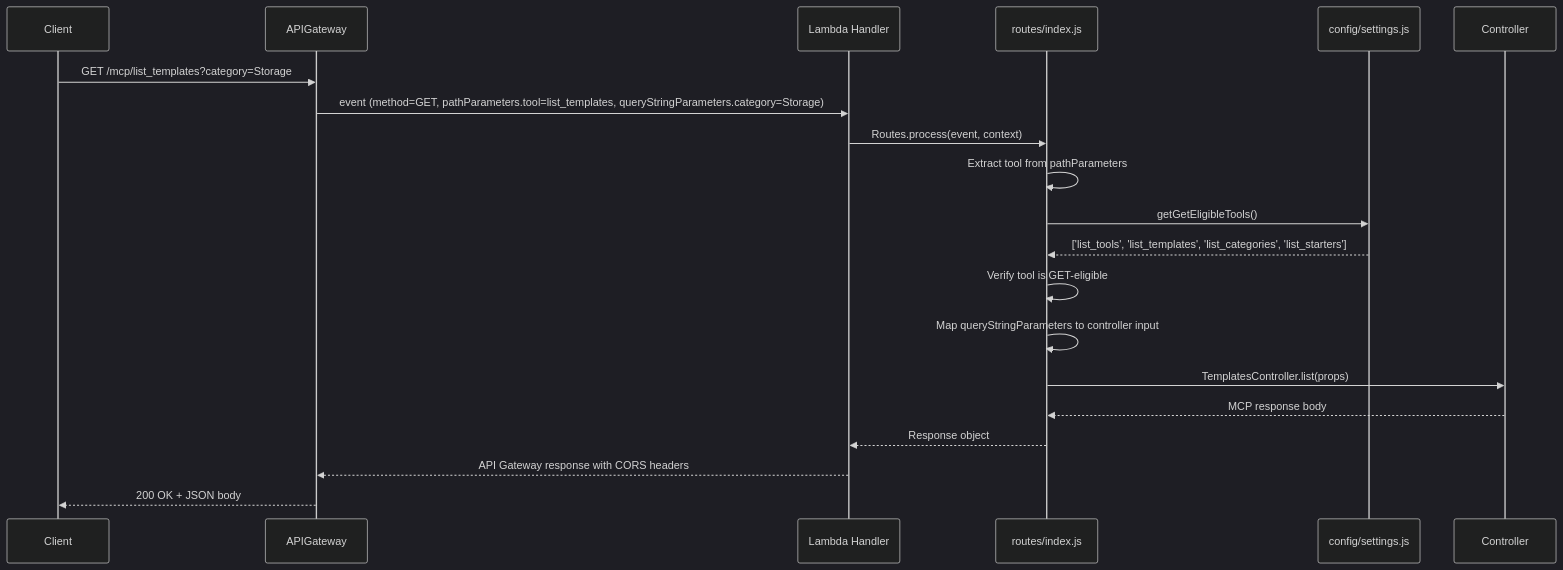
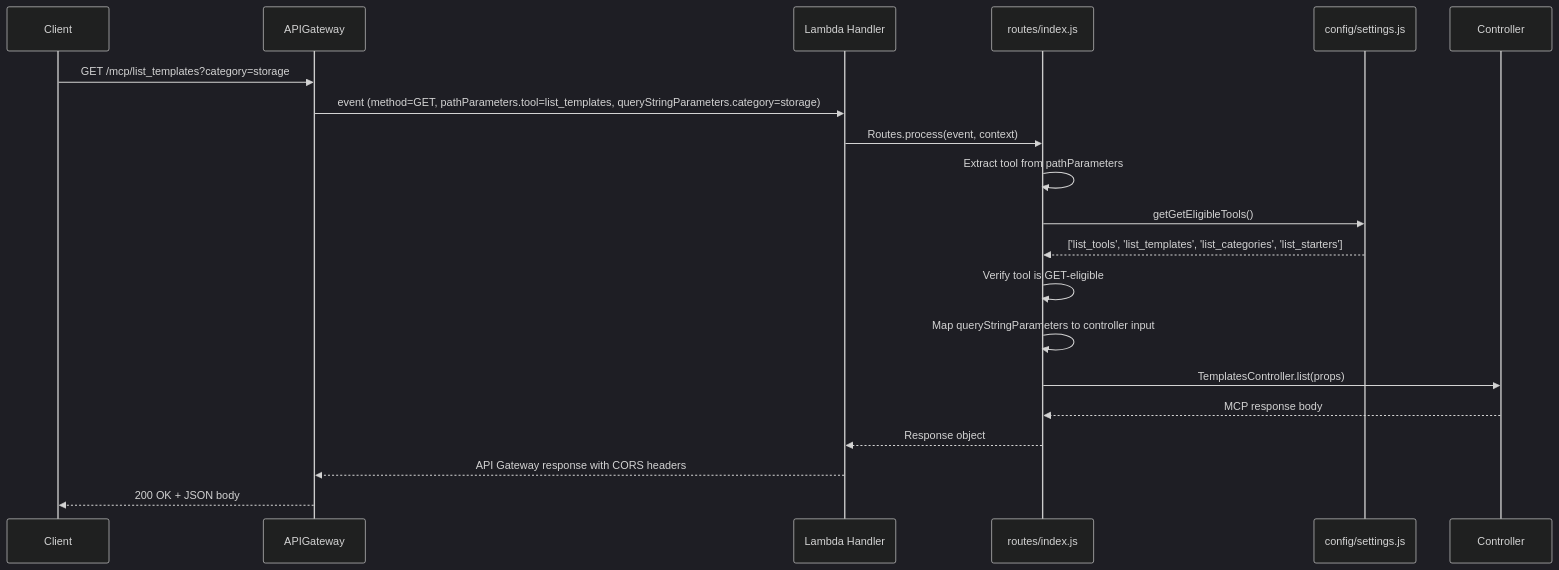
One commit to 63Klabs/atlantis-mcp changed the second of 3 diagrams in .kiro/specs/0-0-1-allow-get-on-tools-that-list/design.md. Above: the diagram before and after it, drawn with Mermaid (dark theme). The commit also changed other lines of this file and 67 other files, not shown here.

````diff
--- a/.kiro/specs/0-0-1-allow-get-on-tools-that-list/design.md
+++ b/.kiro/specs/0-0-1-allow-get-on-tools-that-list/design.md
@@ -36,23 +36,23 @@
 ```mermaid
 sequenceDiagram
     participant Client
     participant APIGateway
     participant Lambda as Lambda Handler
     participant Router as routes/index.js
     participant Settings as config/settings.js
     participant Controller
 
-    Client->>APIGateway: GET /mcp/list_templates?category=Storage
-    APIGateway->>Lambda: event (method=GET, pathParameters.tool=list_templates, queryStringParameters.category=Storage)
+    Client->>APIGateway: GET /mcp/list_templates?category=storage
+    APIGateway->>Lambda: event (method=GET, pathParameters.tool=list_templates, queryStringParameters.category=storage)
     Lambda->>Router: Routes.process(event, context)
     Router->>Router: Extract tool from pathParameters
     Router->>Settings: getGetEligibleTools()
     Settings-->>Router: ['list_tools', 'list_templates', 'list_categories', 'list_starters']
     Router->>Router: Verify tool is GET-eligible
     Router->>Router: Map queryStringParameters to controller input
     Router->>Controller: TemplatesController.list(props)
     Controller-->>Router: MCP response body
     Router-->>Lambda: Response object
     Lambda-->>APIGateway: API Gateway response with CORS headers
     APIGateway-->>Client: 200 OK + JSON body
 ```
````
